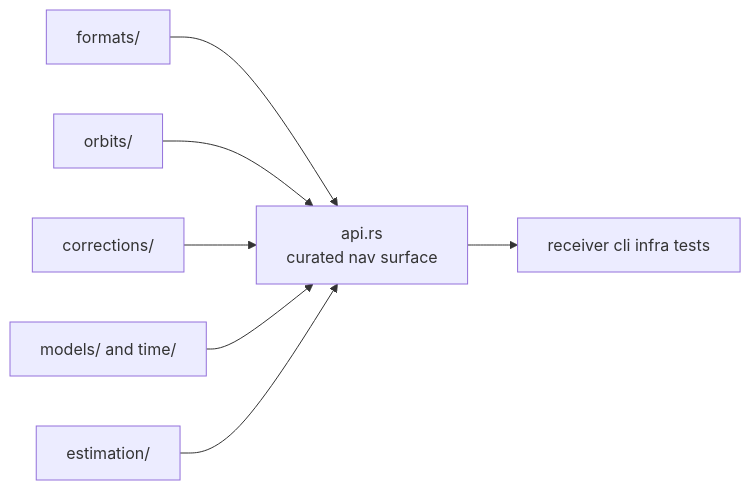
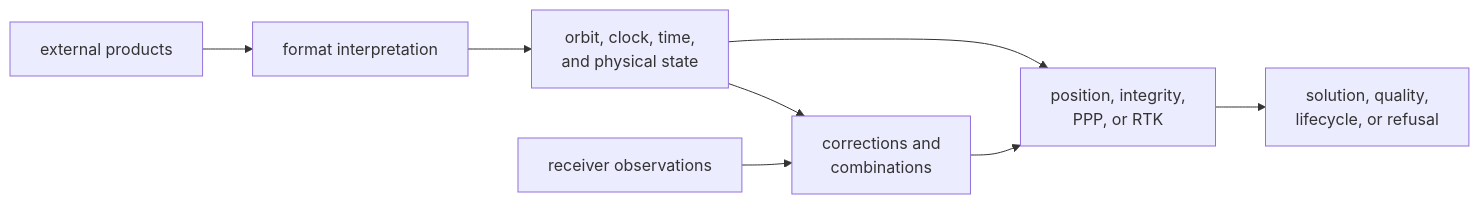
Before and after one commit to bijux/bijux-telecom: the first of 2 diagrams in docs/04-bijux-gnss-nav/architecture/index.md, drawn with Mermaid. The commit also changed other lines of this file and 1 other file, not shown here.

Commit message:
docs(nav): separate scientific layers and trust contracts

````diff
--- a/docs/04-bijux-gnss-nav/architecture/index.md
+++ b/docs/04-bijux-gnss-nav/architecture/index.md
@@ -23,17 +19,14 @@
 ```mermaid
 flowchart LR
-    api["api.rs<br/>curated nav surface"]
-    formats["formats/"]
-    orbits["orbits/"]
-    corrections["corrections/"]
-    models["models/ and time/"]
-    estimation["estimation/"]
-    callers["receiver cli infra tests"]
+    external["external products"]
+    formats["format interpretation"]
+    state["orbit, clock, time,<br/>and physical state"]
+    observations["receiver observations"]
+    corrections["corrections and<br/>combinations"]
+    estimators["position, integrity,<br/>PPP, or RTK"]
+    evidence["solution, quality,<br/>lifecycle, or refusal"]
 
-    formats --> api
-    orbits --> api
-    corrections --> api
-    models --> api
-    estimation --> api
-    api --> callers
+    external --> formats --> state --> corrections
+    observations --> corrections --> estimators --> evidence
+    state --> estimators
 ```
````
